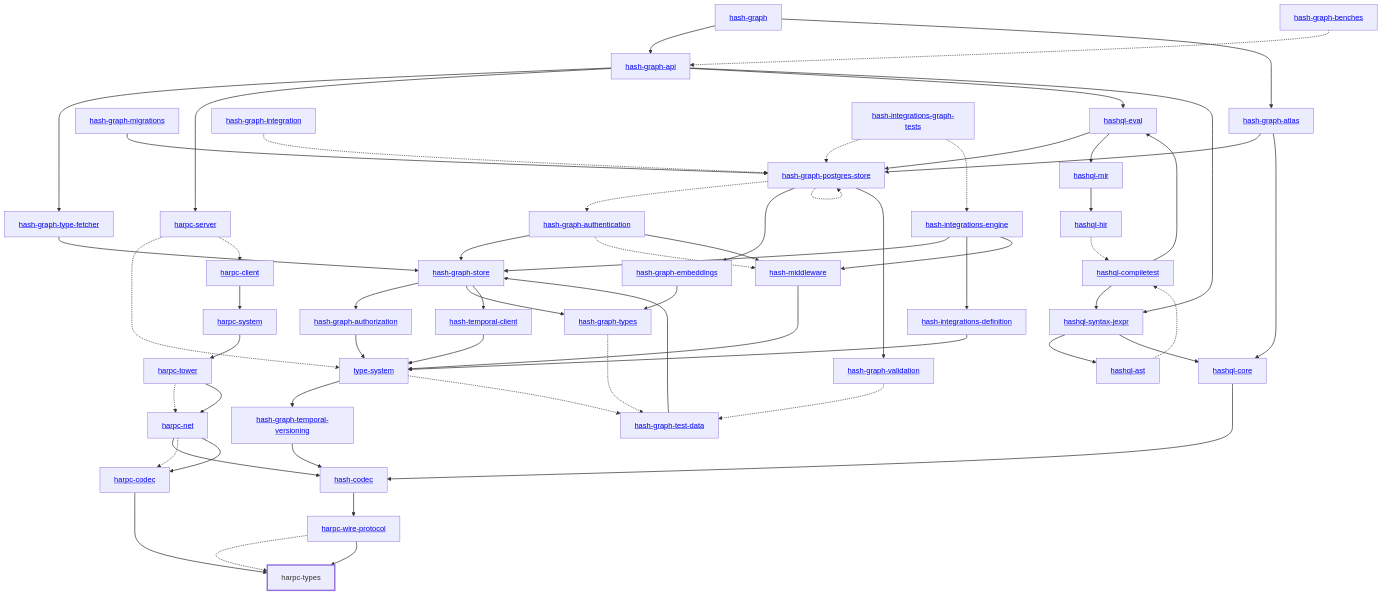
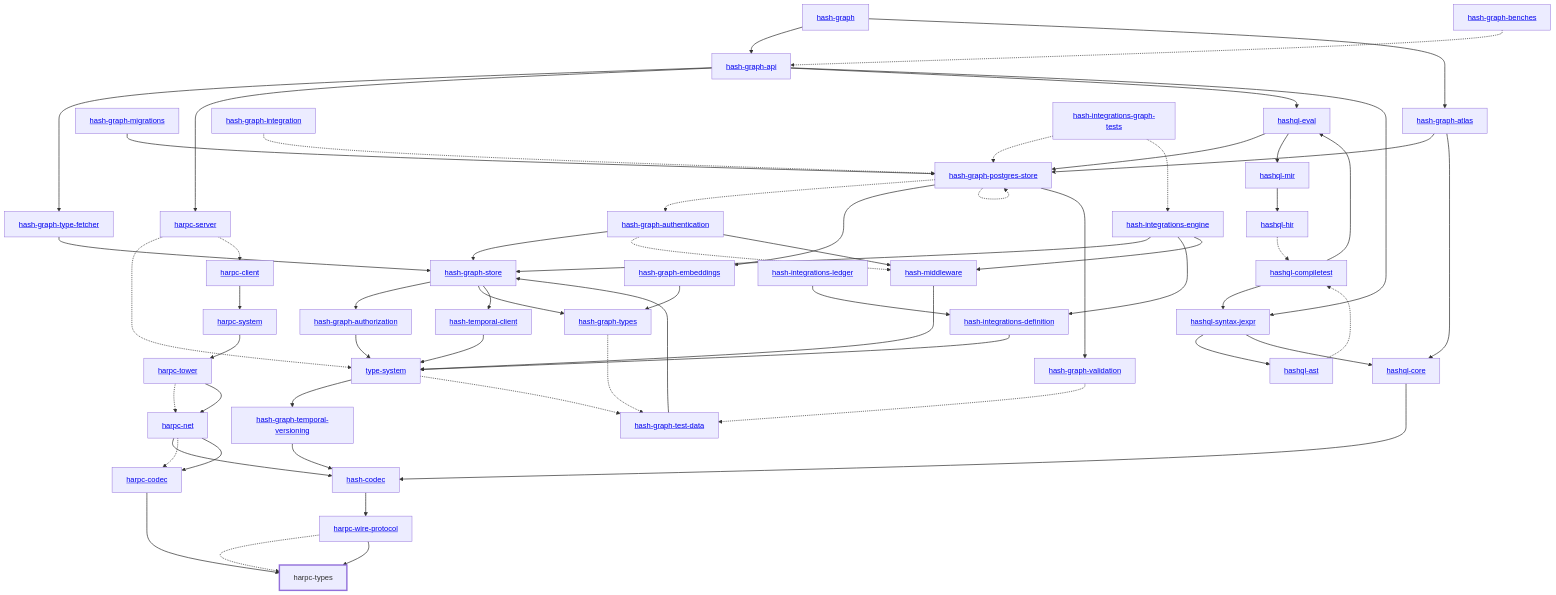
One commit to hashintel/hash changed the diagram in libs/@local/harpc/types/docs/dependency-diagram.mmd. Above: the diagram before and after it, drawn with Mermaid. The commit also changed 12 other files, not shown here.

Commit message:
Regenerate the dependency diagrams that include the ledger crate

```diff
--- a/libs/@local/harpc/types/docs/dependency-diagram.mmd
+++ b/libs/@local/harpc/types/docs/dependency-diagram.mmd
@@ -1,110 +1,112 @@
 graph TD
     linkStyle default stroke-width:1.5px
     classDef default stroke-width:1px
     classDef root stroke-width:3px
     classDef dev stroke-width:1px
     classDef build stroke-width:1px
     %% Legend
     %% --> : Normal dependency
     %% -.-> : Dev dependency
     %% ---> : Build dependency
     0[<a href="../hash_graph/index.html">hash-graph</a>]
     1[<a href="../type_system/index.html">type-system</a>]
     2[<a href="../hash_codec/index.html">hash-codec</a>]
     3[<a href="../hash_graph_api/index.html">hash-graph-api</a>]
     4[<a href="../hash_graph_atlas/index.html">hash-graph-atlas</a>]
     5[<a href="../hash_graph_authentication/index.html">hash-graph-authentication</a>]
     6[<a href="../hash_graph_authorization/index.html">hash-graph-authorization</a>]
     7[<a href="../hash_graph_embeddings/index.html">hash-graph-embeddings</a>]
     8[<a href="../hash_graph_migrations/index.html">hash-graph-migrations</a>]
     9[<a href="../hash_graph_postgres_store/index.html">hash-graph-postgres-store</a>]
     10[<a href="../hash_graph_store/index.html">hash-graph-store</a>]
     11[<a href="../hash_graph_temporal_versioning/index.html">hash-graph-temporal-versioning</a>]
     12[<a href="../hash_graph_type_fetcher/index.html">hash-graph-type-fetcher</a>]
     13[<a href="../hash_graph_types/index.html">hash-graph-types</a>]
     14[<a href="../hash_graph_validation/index.html">hash-graph-validation</a>]
     15[<a href="../harpc_client/index.html">harpc-client</a>]
     16[<a href="../harpc_codec/index.html">harpc-codec</a>]
     17[<a href="../harpc_net/index.html">harpc-net</a>]
     18[<a href="../harpc_server/index.html">harpc-server</a>]
     19[<a href="../harpc_system/index.html">harpc-system</a>]
     20[<a href="../harpc_tower/index.html">harpc-tower</a>]
     21[harpc-types]
     class 21 root
     22[<a href="../harpc_wire_protocol/index.html">harpc-wire-protocol</a>]
     23[<a href="../hashql_ast/index.html">hashql-ast</a>]
     24[<a href="../hashql_compiletest/index.html">hashql-compiletest</a>]
     25[<a href="../hashql_core/index.html">hashql-core</a>]
     26[<a href="../hashql_eval/index.html">hashql-eval</a>]
     27[<a href="../hashql_hir/index.html">hashql-hir</a>]
     28[<a href="../hashql_mir/index.html">hashql-mir</a>]
     29[<a href="../hashql_syntax_jexpr/index.html">hashql-syntax-jexpr</a>]
     30[<a href="../hash_integrations_definition/index.html">hash-integrations-definition</a>]
     31[<a href="../hash_integrations_engine/index.html">hash-integrations-engine</a>]
-    32[<a href="../hash_middleware/index.html">hash-middleware</a>]
-    33[<a href="../hash_temporal_client/index.html">hash-temporal-client</a>]
-    34[<a href="../hash_graph_benches/index.html">hash-graph-benches</a>]
-    35[<a href="../hash_graph_integration/index.html">hash-graph-integration</a>]
-    36[<a href="../hash_graph_test_data/index.html">hash-graph-test-data</a>]
-    37[<a href="../hash_integrations_graph_tests/index.html">hash-integrations-graph-tests</a>]
+    32[<a href="../hash_integrations_ledger/index.html">hash-integrations-ledger</a>]
+    33[<a href="../hash_middleware/index.html">hash-middleware</a>]
+    34[<a href="../hash_temporal_client/index.html">hash-temporal-client</a>]
+    35[<a href="../hash_graph_benches/index.html">hash-graph-benches</a>]
+    36[<a href="../hash_graph_integration/index.html">hash-graph-integration</a>]
+    37[<a href="../hash_graph_test_data/index.html">hash-graph-test-data</a>]
+    38[<a href="../hash_integrations_graph_tests/index.html">hash-integrations-graph-tests</a>]
     0 --> 3
     0 --> 4
     1 --> 11
-    1 -.-> 36
+    1 -.-> 37
     2 --> 22
     3 --> 12
     3 --> 18
     3 --> 26
     3 --> 29
     4 --> 9
     4 --> 25
     5 --> 10
-    5 -.-> 32
-    5 --> 32
+    5 -.-> 33
+    5 --> 33
     6 --> 1
     7 --> 13
     8 --> 9
     9 -.-> 5
     9 --> 7
     9 -.-> 9
     9 --> 14
     10 --> 6
     10 --> 13
-    10 --> 33
+    10 --> 34
     11 --> 2
     12 --> 10
-    13 -.-> 36
-    14 -.-> 36
+    13 -.-> 37
+    14 -.-> 37
     15 --> 19
     16 --> 21
     17 --> 2
     17 -.-> 16
     17 --> 16
     18 -.-> 1
     18 -.-> 15
     19 --> 20
     20 -.-> 17
     20 --> 17
     22 -.-> 21
     22 --> 21
     23 -.-> 24
     24 --> 26
     24 --> 29
     25 --> 2
     26 --> 9
     26 --> 28
     27 -.-> 24
     28 --> 27
     29 --> 23
     29 --> 25
     30 --> 1
     31 --> 10
     31 --> 30
-    31 --> 32
-    32 --> 1
+    31 --> 33
+    32 --> 30
     33 --> 1
-    34 -.-> 3
-    35 -.-> 9
-    36 --> 10
-    37 -.-> 9
-    37 -.-> 31
+    34 --> 1
+    35 -.-> 3
+    36 -.-> 9
+    37 --> 10
+    38 -.-> 9
+    38 -.-> 31
```
